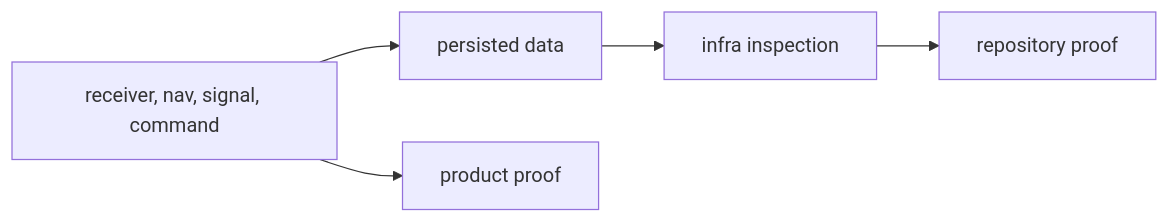
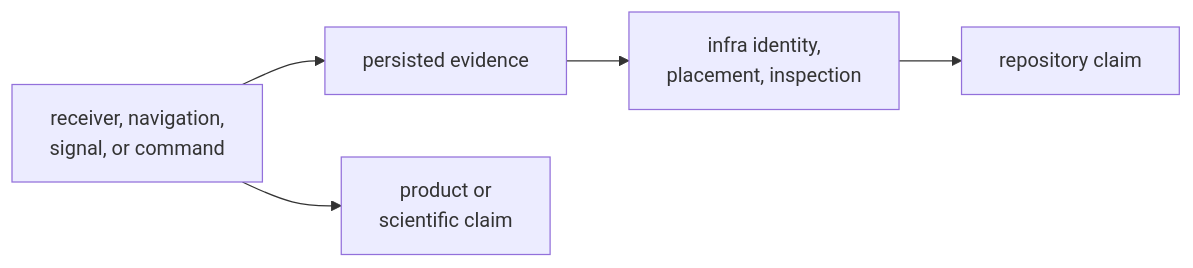
Before and after one commit to bijux/bijux-telecom: the diagram in docs/03-bijux-gnss-infra/quality/known-limitations.md, drawn with Mermaid. The commit also changed other lines of this file and 1 other file, not shown here.

Commit message:
docs(infra): delimit artifact inspection guarantees

````diff
--- a/docs/03-bijux-gnss-infra/quality/known-limitations.md
+++ b/docs/03-bijux-gnss-infra/quality/known-limitations.md
@@ -27,7 +55,11 @@
 ```mermaid
 flowchart LR
-    producer[receiver, nav, signal, command] --> artifact[persisted data]
-    artifact --> infra[infra inspection]
-    infra --> repoProof[repository proof]
-    producer --> productProof[product proof]
+    producer["receiver, navigation,<br/>signal, or command"]
+    artifact["persisted evidence"]
+    infra["infra identity,<br/>placement, inspection"]
+    repository["repository claim"]
+    science["product or<br/>scientific claim"]
+
+    producer --> artifact --> infra --> repository
+    producer --> science
 ```
````
